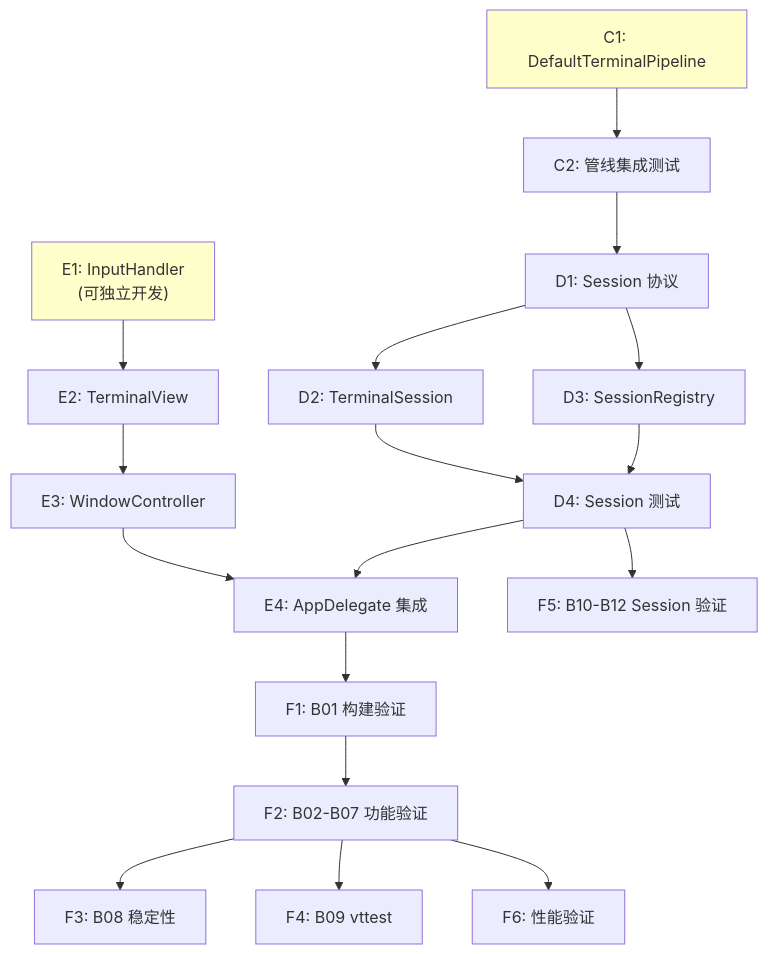
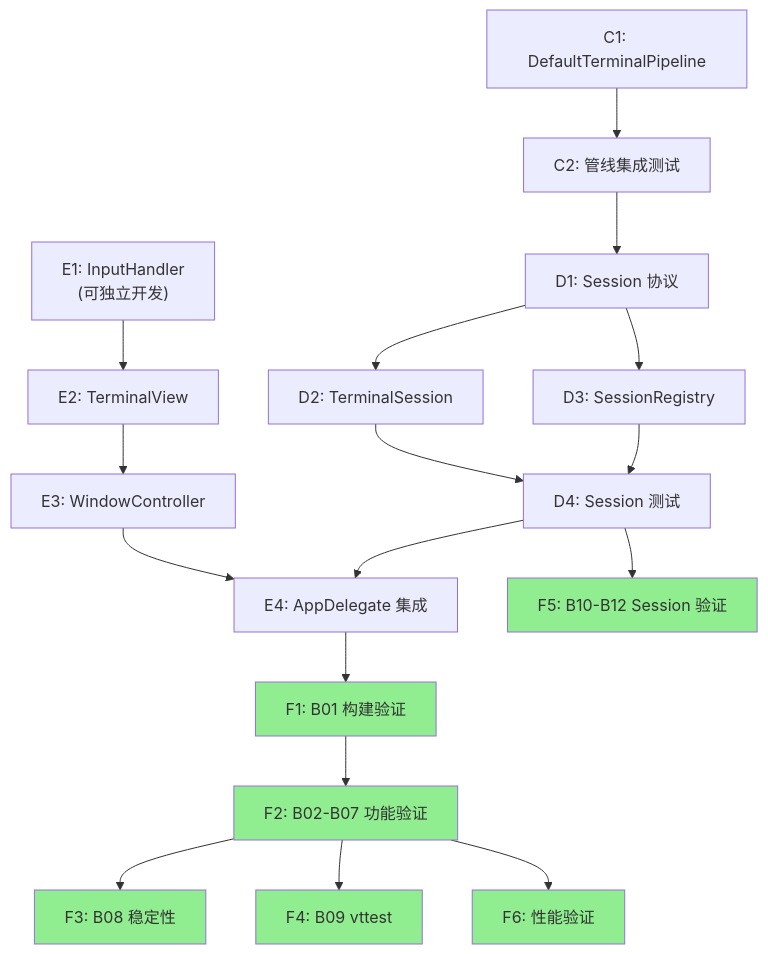
Before and after one commit to KyleYang2002/Hi-Terms: the second of 4 diagrams in Next2Do/v0.1-execution.md, drawn with Mermaid. The commit also changed other lines of this file and 4 other files, not shown here.

````diff
--- a/Next2Do/v0.1-execution.md
+++ b/Next2Do/v0.1-execution.md
@@ -98,25 +98,29 @@
 ```mermaid
 graph TD
     C1["C1: DefaultTerminalPipeline"] --> C2["C2: 管线集成测试"]
     C2 --> D1["D1: Session 协议"]
     D1 --> D2["D2: TerminalSession"]
     D1 --> D3["D3: SessionRegistry"]
     D2 --> D4["D4: Session 测试"]
     D3 --> D4
 
     E1["E1: InputHandler<br/>(可独立开发)"]
     E1 --> E2["E2: TerminalView"]
     E2 --> E3["E3: WindowController"]
     E3 --> E4["E4: AppDelegate 集成"]
     D4 --> E4
 
     E4 --> F1["F1: B01 构建验证"]
     F1 --> F2["F2: B02-B07 功能验证"]
     F2 --> F3["F3: B08 稳定性"]
     F2 --> F4["F4: B09 vttest"]
     F2 --> F6["F6: 性能验证"]
     D4 --> F5["F5: B10-B12 Session 验证"]
 
-    style C1 fill:#ffffcc
-    style E1 fill:#ffffcc
+    style F1 fill:#90EE90
+    style F2 fill:#90EE90
+    style F3 fill:#90EE90
+    style F4 fill:#90EE90
+    style F5 fill:#90EE90
+    style F6 fill:#90EE90
 ```
````
